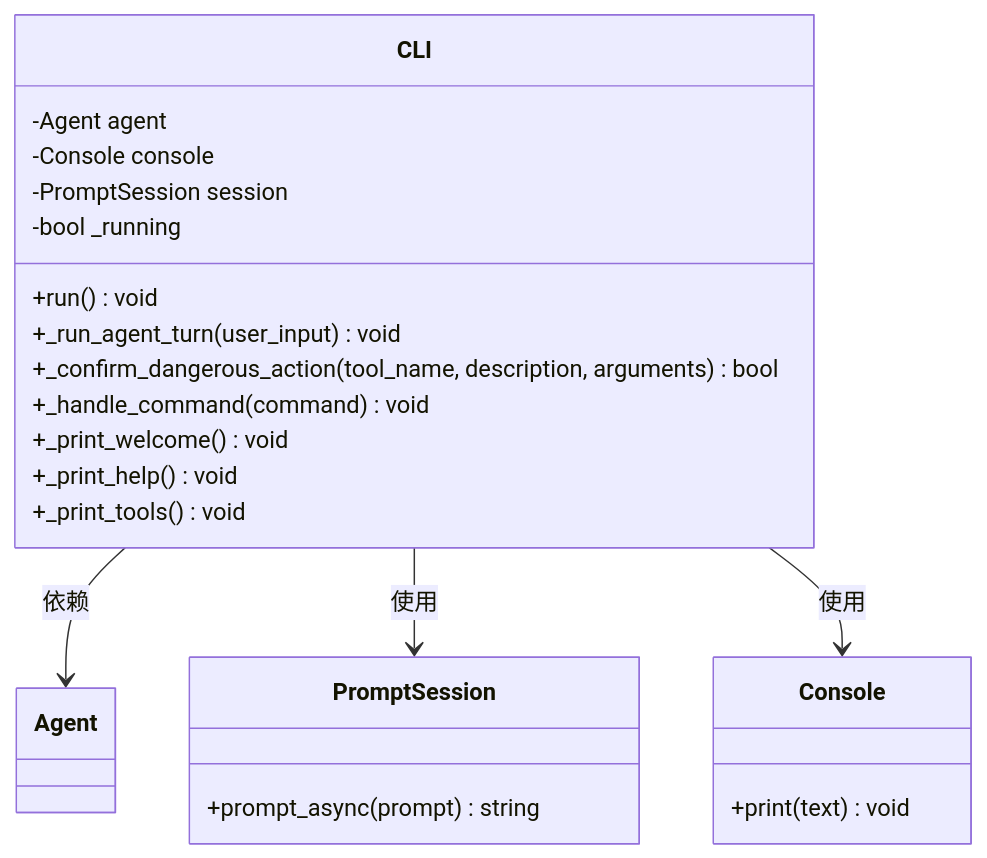
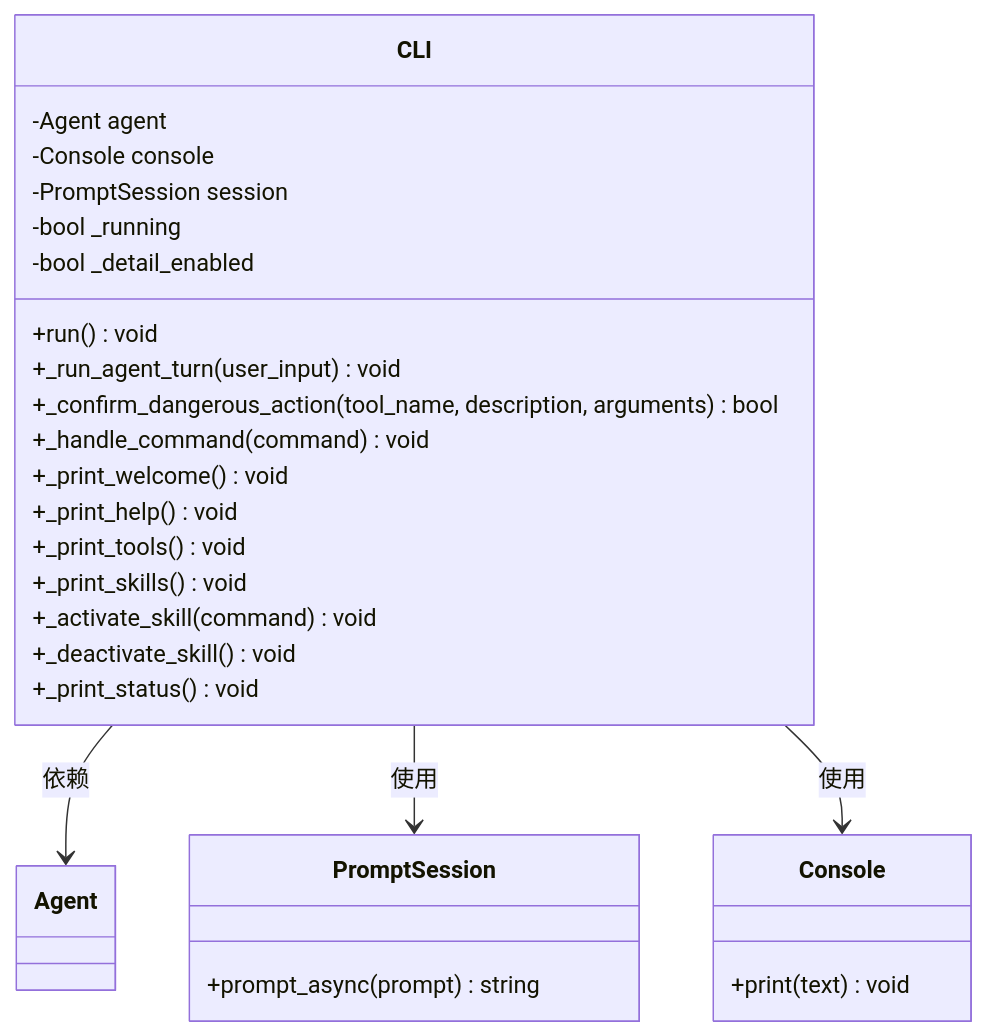
One commit to 250shiwo/MySmallAgent changed the tenth of 15 diagrams in .qoder/repowiki/zh/content/架构设计/架构设计.md. Above: the diagram before and after it, drawn with Mermaid. The commit also changed other lines of this file and 28 other files, not shown here.

````diff
--- a/.qoder/repowiki/zh/content/架构设计/架构设计.md
+++ b/.qoder/repowiki/zh/content/架构设计/架构设计.md
@@ -342,25 +444,30 @@
 ```mermaid
 classDiagram
 class CLI {
 -Agent agent
 -Console console
 -PromptSession session
 -bool _running
+-bool _detail_enabled
 +run() void
 +_run_agent_turn(user_input) void
 +_confirm_dangerous_action(tool_name, description, arguments) bool
 +_handle_command(command) void
 +_print_welcome() void
 +_print_help() void
 +_print_tools() void
++_print_skills() void
++_activate_skill(command) void
++_deactivate_skill() void
++_print_status() void
 }
 class PromptSession {
 +prompt_async(prompt) string
 }
 class Console {
 +print(text) void
 }
 CLI --> Agent : 依赖
 CLI --> PromptSession : 使用
 CLI --> Console : 使用
 ```
````
